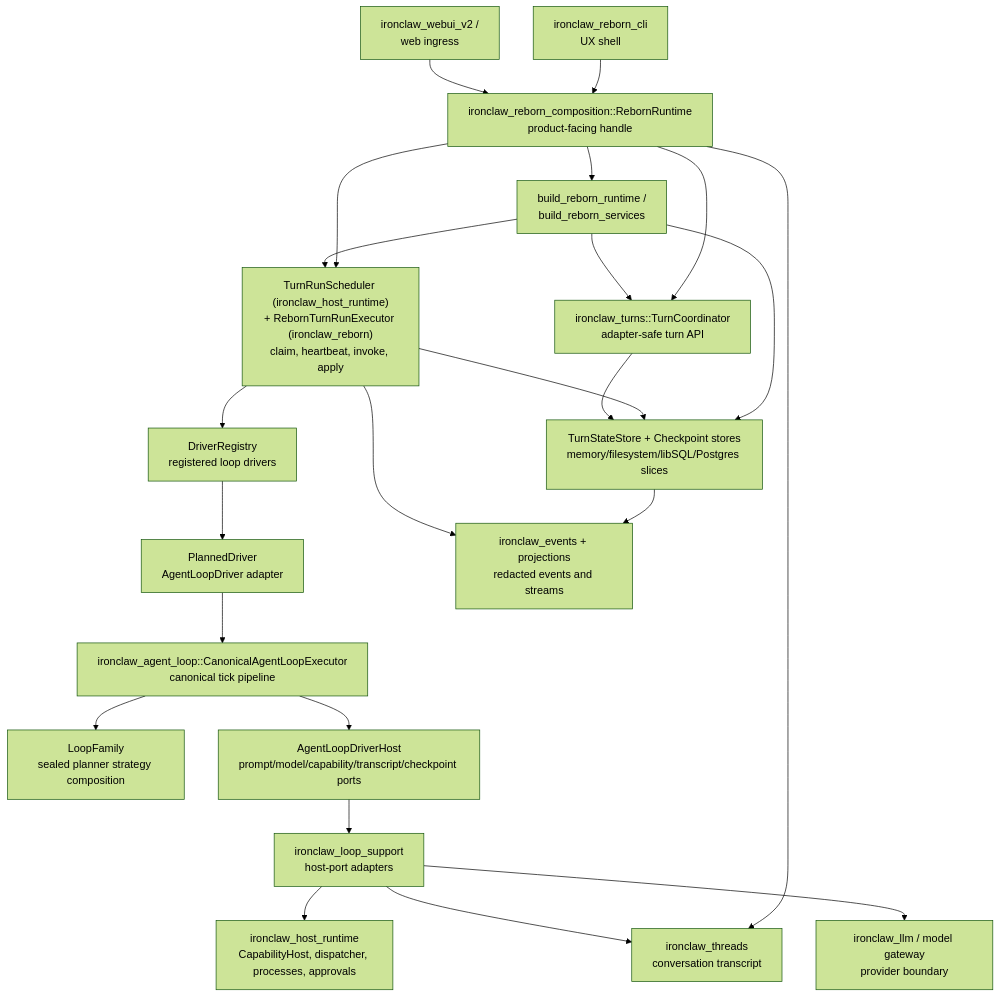
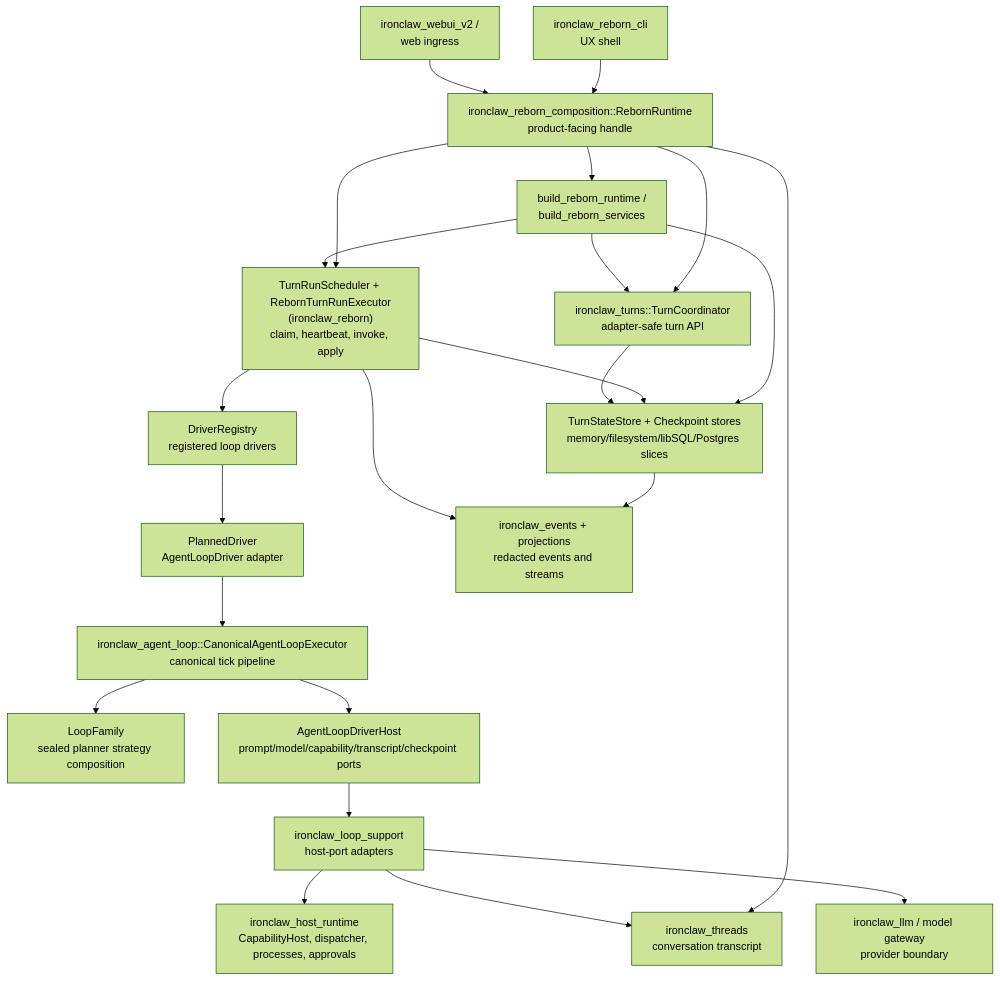
One commit to nearai/ironclaw changed the second of 7 diagrams in crates/Architecture.md. Above: the diagram before and after it, drawn with Mermaid (forest theme). The commit also changed other lines of this file and 28 other files, not shown here.

Commit message:
refactor(reborn): co-locate turn scheduler with executor

````diff
--- a/crates/Architecture.md
+++ b/crates/Architecture.md
@@ -292,43 +292,43 @@
 ```mermaid
 flowchart TD
     CLI["ironclaw_reborn_cli\nUX shell"]
     WebUI["ironclaw_webui_v2 /\nweb ingress"]
     Runtime["ironclaw_reborn_composition::RebornRuntime\nproduct-facing handle"]
     Factory["build_reborn_runtime /\nbuild_reborn_services"]
     Coordinator["ironclaw_turns::TurnCoordinator\nadapter-safe turn API"]
     Store["TurnStateStore + Checkpoint stores\nmemory/filesystem/libSQL/Postgres slices"]
-    Worker["TurnRunScheduler (ironclaw_host_runtime)\n+ RebornTurnRunExecutor (ironclaw_reborn)\nclaim, heartbeat, invoke, apply"]
+    Worker["TurnRunScheduler + RebornTurnRunExecutor\n(ironclaw_reborn)\nclaim, heartbeat, invoke, apply"]
     Registry["DriverRegistry\nregistered loop drivers"]
     Planned["PlannedDriver\nAgentLoopDriver adapter"]
     Executor["ironclaw_agent_loop::CanonicalAgentLoopExecutor\ncanonical tick pipeline"]
     Family["LoopFamily\nsealed planner strategy composition"]
     Host["AgentLoopDriverHost\nprompt/model/capability/transcript/checkpoint ports"]
     LoopSupport["ironclaw_loop_support\nhost-port adapters"]
     HostRuntime["ironclaw_host_runtime\nCapabilityHost, dispatcher, processes, approvals"]
     LLM["ironclaw_llm / model gateway\nprovider boundary"]
     Threads["ironclaw_threads\nconversation transcript"]
     Events["ironclaw_events + projections\nredacted events and streams"]
 
     CLI --> Runtime
     WebUI --> Runtime
     Runtime --> Factory
     Runtime --> Threads
     Runtime --> Coordinator
     Runtime --> Worker
     Factory --> Coordinator
     Factory --> Store
     Factory --> Worker
     Worker --> Store
     Worker --> Registry
     Registry --> Planned
     Planned --> Executor
     Executor --> Family
     Executor --> Host
     Host --> LoopSupport
     LoopSupport --> HostRuntime
     LoopSupport --> LLM
     LoopSupport --> Threads
     Coordinator --> Store
     Store --> Events
     Worker --> Events
 ```
````
